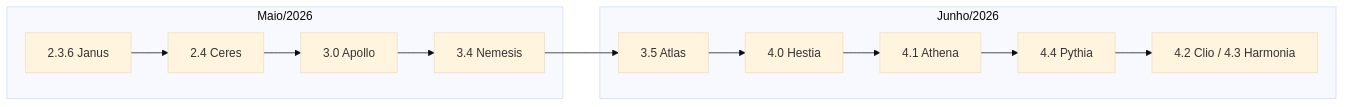
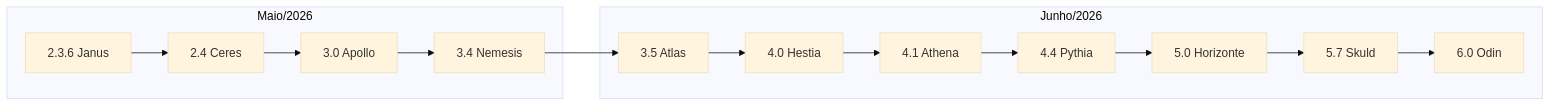
One commit to JaderGabriel/serventec-servlitcys changed the diagram in docs/ENTREGAS_ESCALONADAS.md. Above: the diagram before and after it, drawn with Mermaid (base theme). The commit also changed other lines of this file and 200 other files, not shown here.

````diff
--- a/docs/ENTREGAS_ESCALONADAS.md
+++ b/docs/ENTREGAS_ESCALONADAS.md
@@ -22,15 +22,17 @@
 ```mermaid
 flowchart LR
     subgraph jun [Junho/2026]
         A[3.5 Atlas] --> B[4.0 Hestia]
         B --> C[4.1 Athena]
         C --> D[4.4 Pythia]
-        D --> E[4.2 Clio / 4.3 Harmonia]
+        D --> E[5.0 Horizonte]
+        E --> F[5.7 Skuld]
+        F --> G[6.0 Odin]
     end
     subgraph mai [Maio/2026]
-        F[2.3.6 Janus] --> G[2.4 Ceres]
-        G --> H[3.0 Apollo]
-        H --> I[3.4 Nemesis]
+        H[2.3.6 Janus] --> I[2.4 Ceres]
+        I --> J[3.0 Apollo]
+        J --> K[3.4 Nemesis]
     end
-    I --> A
+    K --> A
 ```
````
